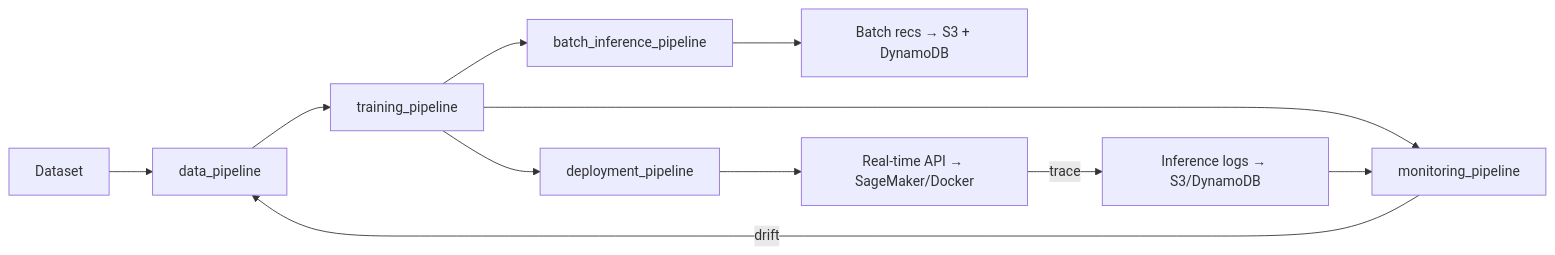
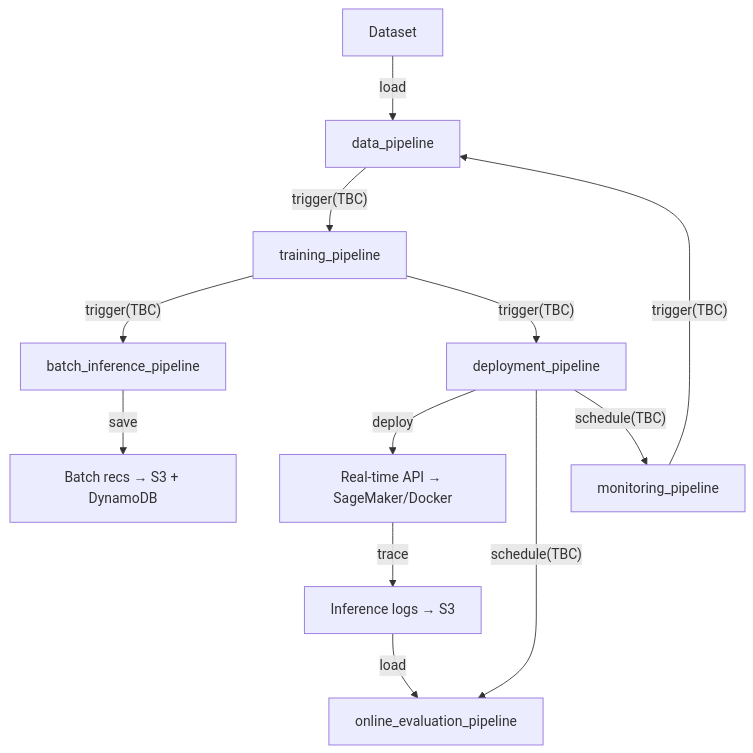
Before and after one commit to sagadana/zenml-mlops: the diagram in README.md, drawn with Mermaid. The commit also changed other lines of this file and 1 other file, not shown here.

Commit message:
update arch diagram

````diff
--- a/README.md
+++ b/README.md
@@ -7,13 +7,14 @@
 ```mermaid
-graph LR
-    D[Dataset] --> DAP[data_pipeline]
-    DAP --> TP[training_pipeline]
-    TP --> BI[batch_inference_pipeline]
-    TP --> DP[deployment_pipeline]
-    BI --> B[Batch recs → S3 + DynamoDB]
-    DP --> R[Real-time API → SageMaker/Docker]
-    R -->|trace| L[Inference logs → S3/DynamoDB]
-    TP --> MP[monitoring_pipeline]
-    MP -->|drift| DAP
-    L --> MP
+graph TD
+    A[Dataset] --> |load| D[data_pipeline]
+    D -->|"trigger(TBC)"| T[training_pipeline]
+    T -->|"trigger(TBC)"| BI[batch_inference_pipeline]
+    T -->|"trigger(TBC)"| DP[deployment_pipeline]
+    BI -->|"save"| B[Batch recs → S3 + DynamoDB]
+    DP -->|"deploy"| R[Real-time API → SageMaker/Docker]
+    R -->|trace| L[Inference logs → S3]
+    L -->|load| OE[online_evaluation_pipeline]
+    DP -->|"schedule(TBC)"| OE
+    DP -->|"schedule(TBC)"| M[monitoring_pipeline]
+    M -->|"trigger(TBC)"| D
 ```
````
